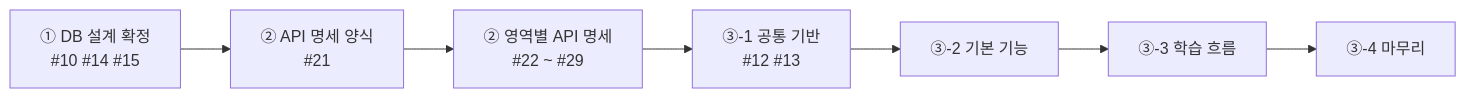
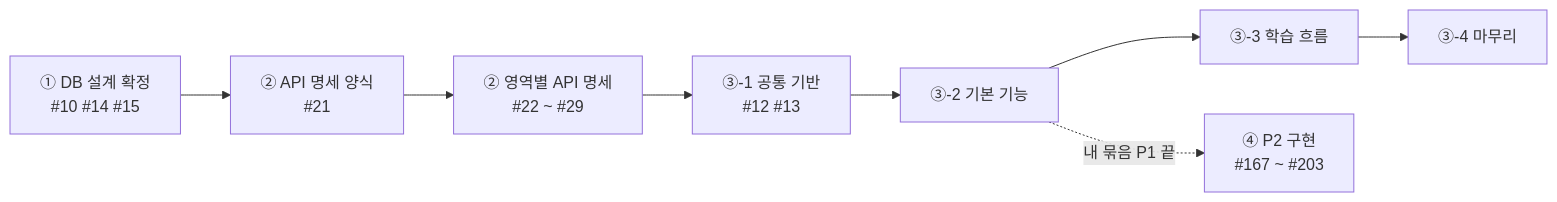
One commit to eulji-staff-only/vibelog changed the diagram in docs/collaboration/08-task-flow.md. Above: the diagram before and after it, drawn with Mermaid. The commit also changed other lines of this file and 2 other files, not shown here.

````diff
--- a/docs/collaboration/08-task-flow.md
+++ b/docs/collaboration/08-task-flow.md
@@ -13,9 +13,10 @@
 ```mermaid
 flowchart LR
     M1["① DB 설계 확정<br/>#10 #14 #15"] --> M2A["② API 명세 양식<br/>#21"]
     M2A --> M2B["② 영역별 API 명세<br/>#22 ~ #29"]
     M2B --> M3A["③-1 공통 기반<br/>#12 #13"]
     M3A --> M3B["③-2 기본 기능"]
     M3B --> M3C["③-3 학습 흐름"]
     M3C --> M3D["③-4 마무리"]
+    M3B -.->|내 묶음 P1 끝| M4["④ P2 구현<br/>#167 ~ #203"]
 ```
````
